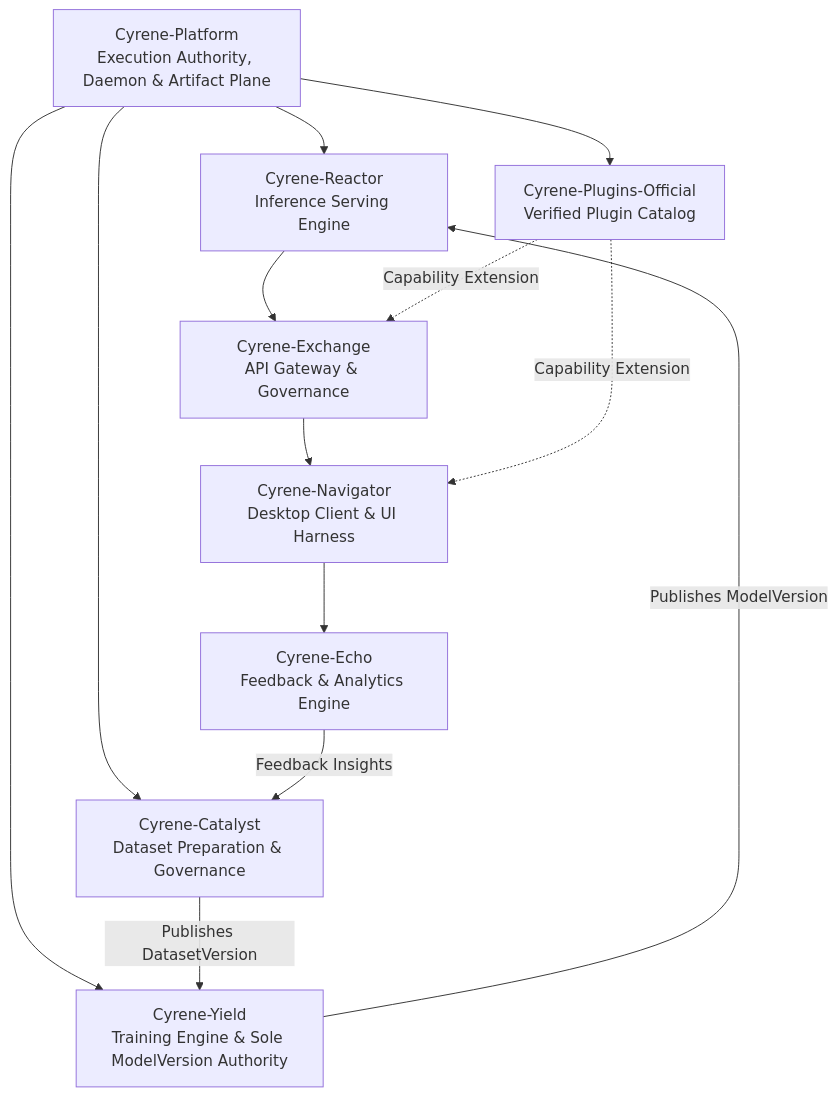
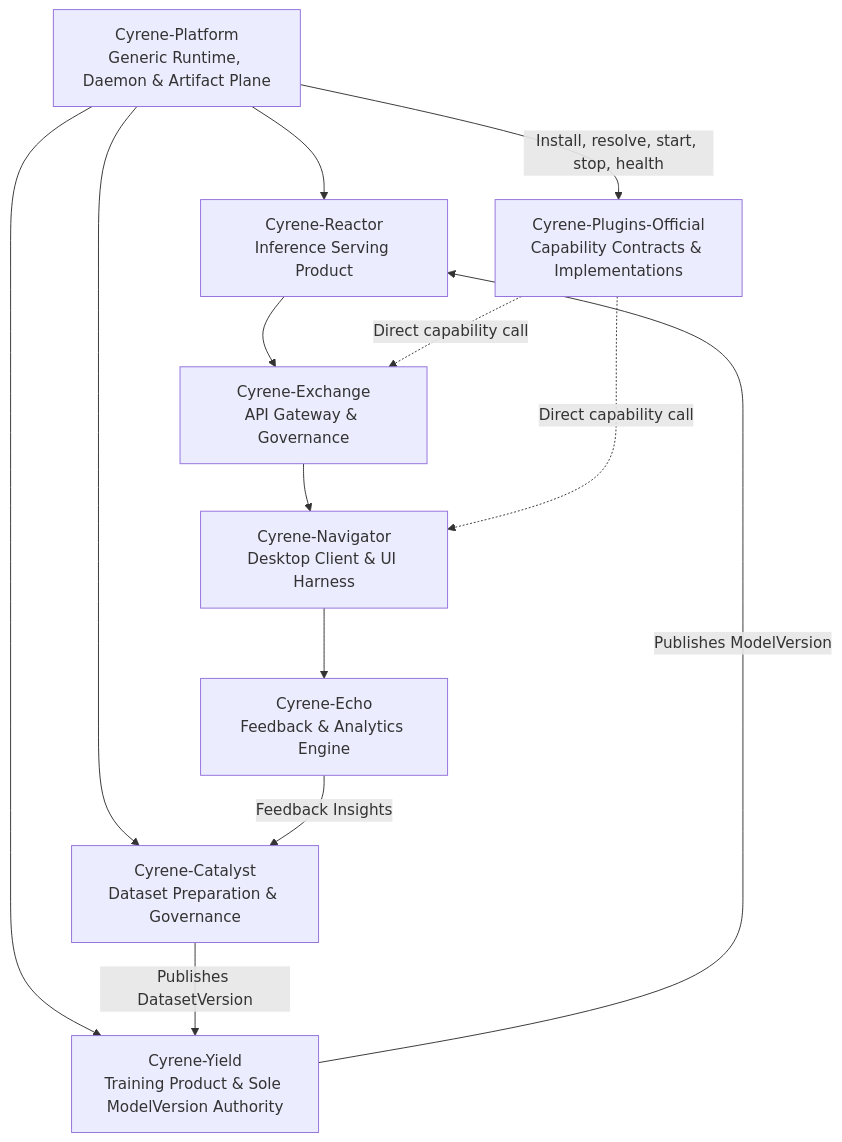
One commit to DoHorizon-AI/Cyrene-Workspace changed the diagram in docs/ARCHITECTURE.md. Above: the diagram before and after it, drawn with Mermaid. The commit also changed other lines of this file and 18 other files, not shown here.

Commit message:
docs: close Platform Plugin boundary governance drift

````diff
--- a/docs/ARCHITECTURE.md
+++ b/docs/ARCHITECTURE.md
@@ -8,18 +8,18 @@
 ```mermaid
 graph TD
-    Platform[Cyrene-Platform<br/>Execution Authority, Daemon & Artifact Plane] --> Reactor[Cyrene-Reactor<br/>Inference Serving Engine]
-    Platform --> Yield[Cyrene-Yield<br/>Training Engine & Sole ModelVersion Authority]
+    Platform[Cyrene-Platform<br/>Generic Runtime, Daemon & Artifact Plane] --> Reactor[Cyrene-Reactor<br/>Inference Serving Product]
+    Platform --> Yield[Cyrene-Yield<br/>Training Product & Sole ModelVersion Authority]
     Platform --> Catalyst[Cyrene-Catalyst<br/>Dataset Preparation & Governance]
     
     Yield -->|Publishes ModelVersion| Reactor
     Catalyst -->|Publishes DatasetVersion| Yield
     
     Reactor --> Exchange[Cyrene-Exchange<br/>API Gateway & Governance]
     Exchange --> Navigator[Cyrene-Navigator<br/>Desktop Client & UI Harness]
     Navigator --> Echo[Cyrene-Echo<br/>Feedback & Analytics Engine]
     Echo -->|Feedback Insights| Catalyst
     
-    Platform --> Plugins[Cyrene-Plugins-Official<br/>Verified Plugin Catalog]
-    Plugins -.->|Capability Extension| Navigator
-    Plugins -.->|Capability Extension| Exchange
+    Platform -->|Install, resolve, start, stop, health| Plugins[Cyrene-Plugins-Official<br/>Capability Contracts & Implementations]
+    Plugins -.->|Direct capability call| Navigator
+    Plugins -.->|Direct capability call| Exchange
 ```
````
